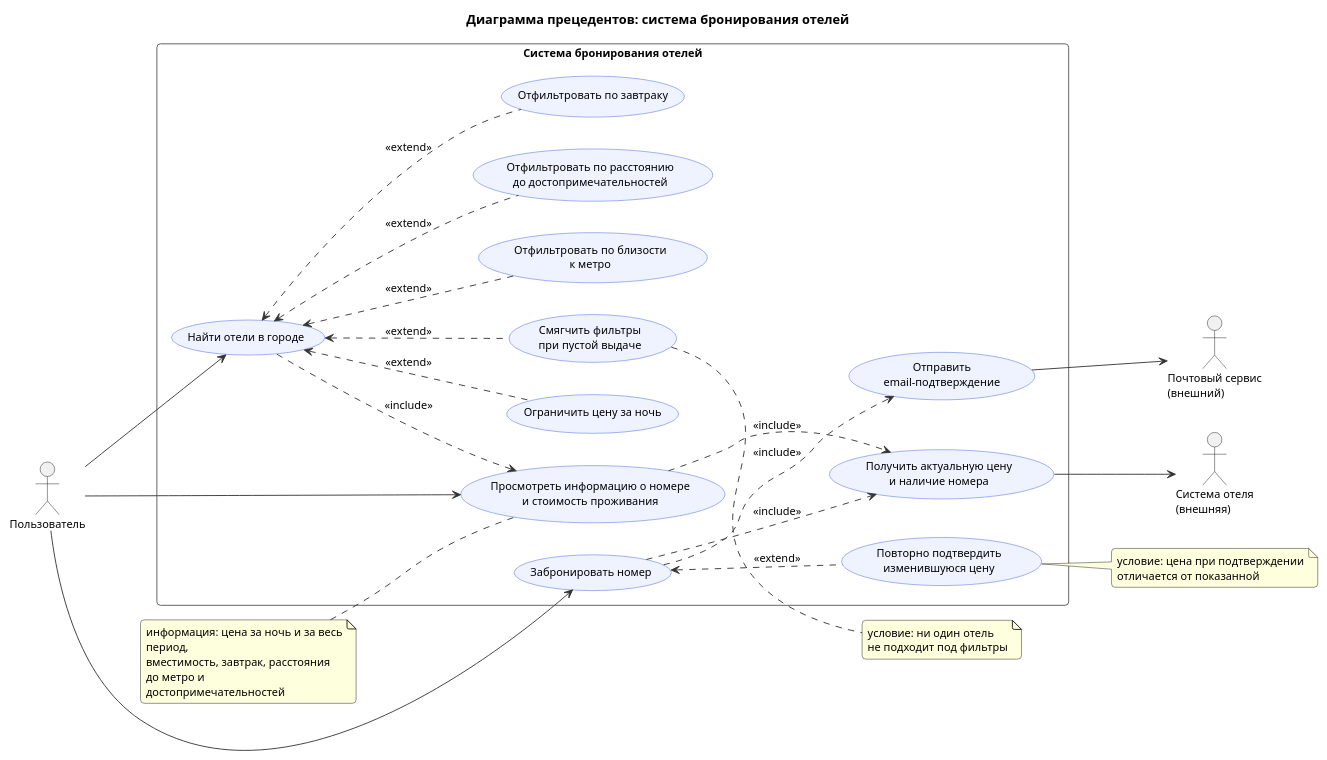
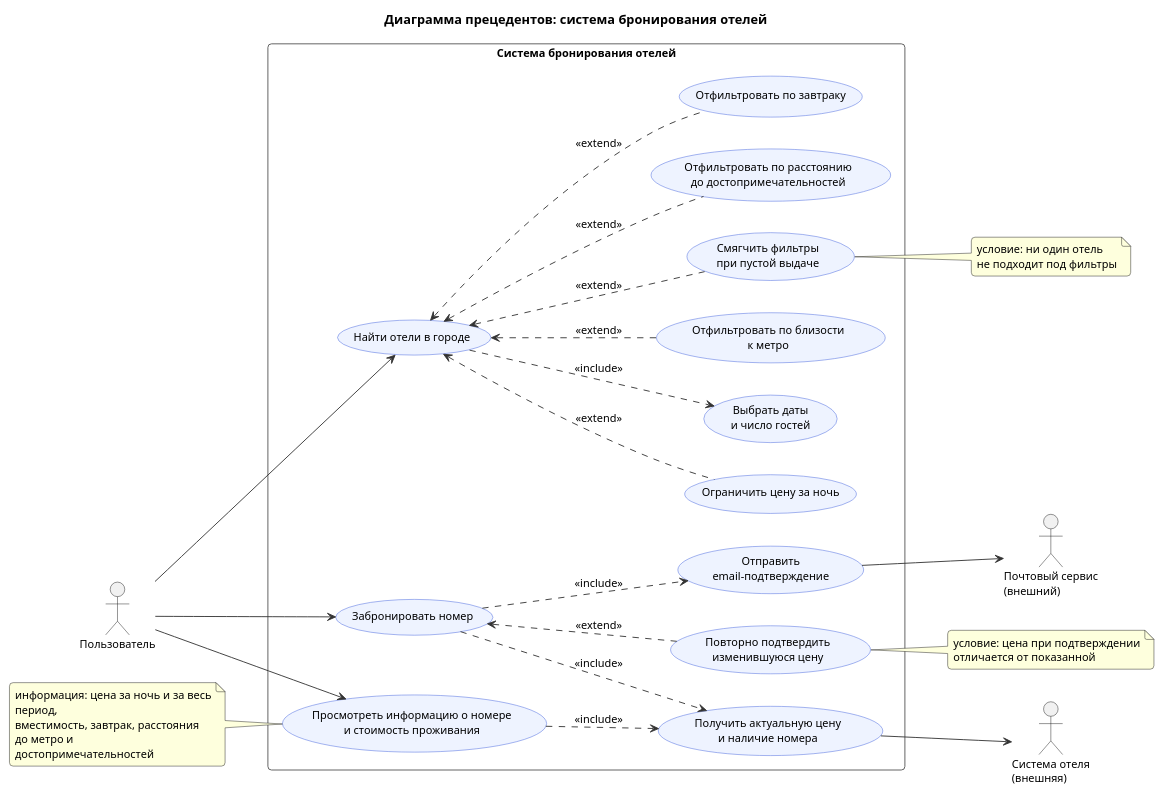
The diagram in hw2/1_1_usecase.puml (Remsely/cu-system-analysis), drawn with PlantUML before and after one commit.

Commit message:
fix: make view-info an independent use case, restore dates include
"Найти отели в городе" now includes "Выбрать даты и число гостей";
the include to "Просмотреть информацию о номере и стоимость проживания"
is removed since viewing details is no longer part of every search.

Claude-Session: https://claude.ai/code/session_01SJHMf92G1uTVkAQDfZWZSg

```diff
--- a/hw2/1_1_usecase.puml
+++ b/hw2/1_1_usecase.puml
@@ -1,70 +1,71 @@
 @startuml
 skinparam shadowing false
 skinparam defaultFontSize 12
 skinparam backgroundColor white
 skinparam roundCorner 8
 skinparam ArrowColor #333333
 skinparam wrapWidth 220
 title Диаграмма прецедентов: система бронирования отелей
 left to right direction
 skinparam actorStyle stickman
 skinparam usecase {
   BackgroundColor #EEF3FF
   BorderColor #3B5BDB
 }
 skinparam rectangle {
   BackgroundColor #FFFFFF
   BorderColor #555555
 }
 
 actor "Пользователь" as User
 actor "Система отеля\n(внешняя)" as HotelSys
 actor "Почтовый сервис\n(внешний)" as Mail
 
 rectangle "Система бронирования отелей" {
   usecase "Найти отели в городе" as UC_Search
+  usecase "Выбрать даты\nи число гостей" as UC_Dates
   usecase "Отфильтровать по близости\nк метро" as UC_Metro
   usecase "Отфильтровать по расстоянию\nдо достопримечательностей" as UC_Attr
   usecase "Отфильтровать по завтраку" as UC_Breakfast
   usecase "Ограничить цену за ночь" as UC_Price
   usecase "Смягчить фильтры\nпри пустой выдаче" as UC_Relax
   usecase "Просмотреть информацию о номере\nи стоимость проживания" as UC_ViewPrice
   usecase "Получить актуальную цену\nи наличие номера" as UC_Actual
   usecase "Забронировать номер" as UC_Book
   usecase "Повторно подтвердить\nизменившуюся цену" as UC_Reconfirm
   usecase "Отправить\nemail-подтверждение" as UC_Email
 }
 
 User --> UC_Search
 User --> UC_ViewPrice
 User --> UC_Book
 
-UC_Search ..> UC_ViewPrice : <<include>>
+UC_Search ..> UC_Dates : <<include>>
 UC_ViewPrice ..> UC_Actual : <<include>>
 UC_Book ..> UC_Actual : <<include>>
 UC_Book ..> UC_Email : <<include>>
 
 UC_Metro .up.> UC_Search : <<extend>>
 UC_Attr .up.> UC_Search : <<extend>>
 UC_Breakfast .up.> UC_Search : <<extend>>
 UC_Price .up.> UC_Search : <<extend>>
 UC_Relax .up.> UC_Search : <<extend>>
 UC_Reconfirm .up.> UC_Book : <<extend>>
 
 UC_Actual --> HotelSys
 UC_Email --> Mail
 
 note left of UC_ViewPrice
   информация: цена за ночь и за весь период,
   вместимость, завтрак, расстояния
   до метро и достопримечательностей
 end note
 note right of UC_Relax
   условие: ни один отель
   не подходит под фильтры
 end note
 note right of UC_Reconfirm
   условие: цена при подтверждении
   отличается от показанной
 end note
 @enduml
```
